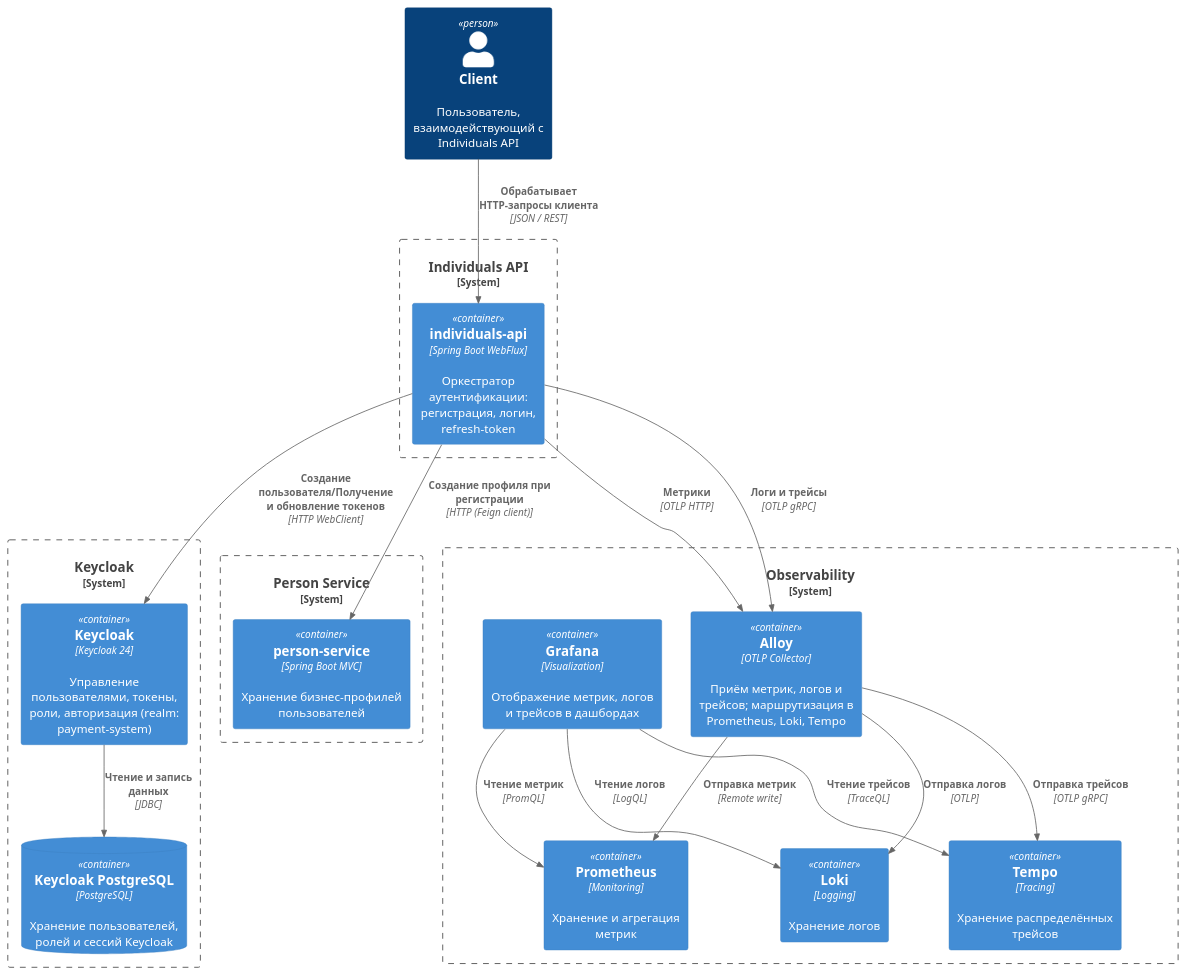
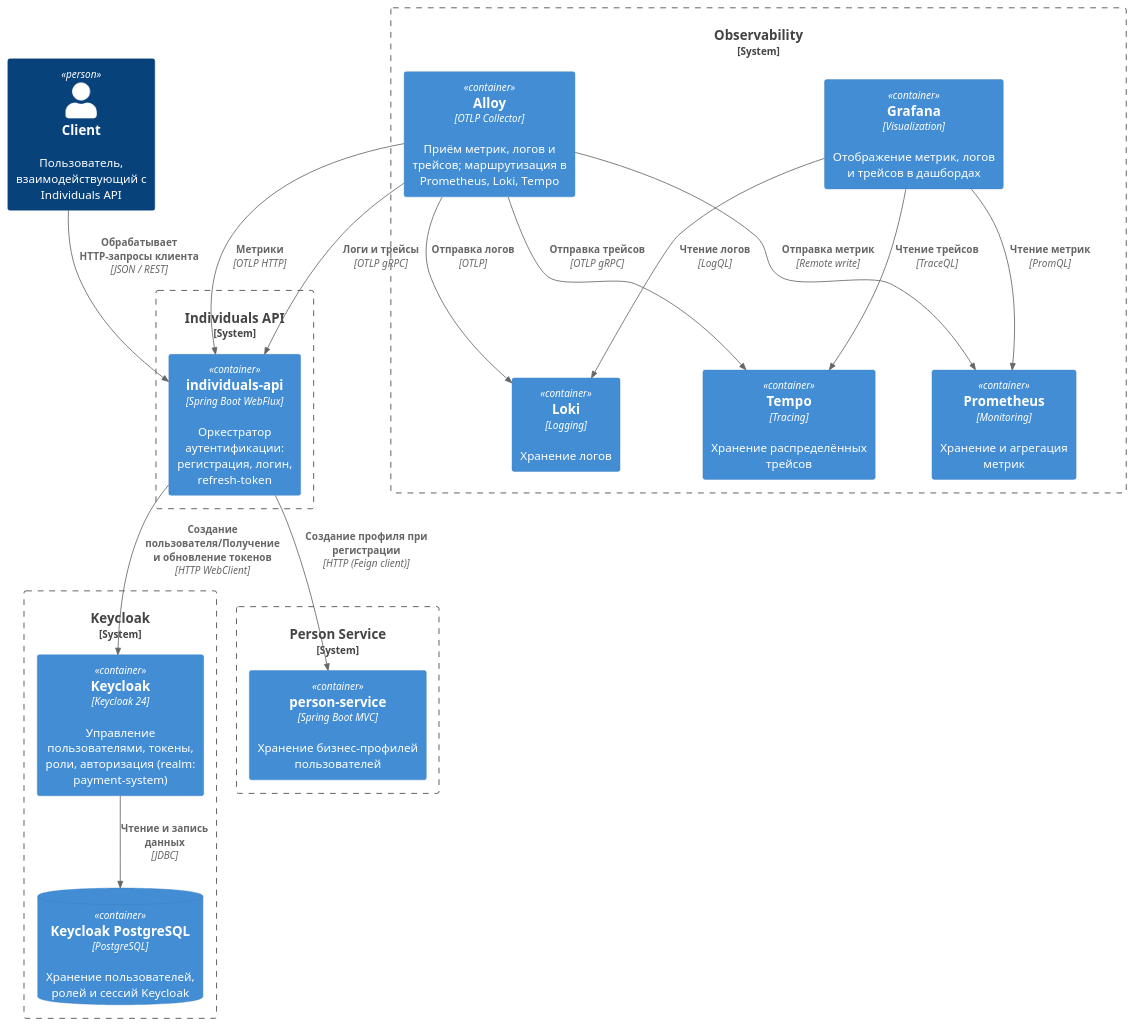
Before and after one commit to tmqone/proselyte_study: the diagram in individuals-api/architecture/individuals-api.puml, drawn with PlantUML. The commit also changed 28 other files, not shown here.

```diff
--- a/individuals-api/architecture/individuals-api.puml
+++ b/individuals-api/architecture/individuals-api.puml
@@ -1,45 +1,45 @@
 @startuml
 !includeurl https://raw.githubusercontent.com/plantuml-stdlib/C4-PlantUML/master/C4_Container.puml
 
 Person(client, "Client", "Пользователь, взаимодействующий с Individuals API")
 
 System_Boundary(appBoundary, "Individuals API") {
     Container(indApi, "individuals-api", "Spring Boot WebFlux", "Оркестратор аутентификации: регистрация, логин, refresh-token")
 }
 
 System_Boundary(keycloakBoundary, "Keycloak") {
     Container(keycloak, "Keycloak", "Keycloak 24", "Управление пользователями, токены, роли, авторизация (realm: payment-system)")
     ContainerDb(keycloakDb, "Keycloak PostgreSQL", "PostgreSQL", "Хранение пользователей, ролей и сессий Keycloak")
 }
 
 System_Boundary(personBoundary, "Person Service") {
     Container(personService, "person-service", "Spring Boot MVC", "Хранение бизнес-профилей пользователей")
 }
 
 System_Boundary(obsBoundary, "Observability") {
     Container(alloy, "Alloy", "OTLP Collector", "Приём метрик, логов и трейсов; маршрутизация в Prometheus, Loki, Tempo")
     Container(prometheus, "Prometheus", "Monitoring", "Хранение и агрегация метрик")
     Container(loki, "Loki", "Logging", "Хранение логов")
     Container(tempo, "Tempo", "Tracing", "Хранение распределённых трейсов")
     Container(grafana, "Grafana", "Visualization", "Отображение метрик, логов и трейсов в дашбордах")
 }
 
 Rel(client, indApi, "Обрабатывает HTTP-запросы клиента", "JSON / REST")
 
 Rel(indApi, keycloak, "Создание пользователя/Получение и обновление токенов", "HTTP WebClient")
 Rel(keycloak, keycloakDb, "Чтение и запись данных", "JDBC")
 
 Rel(indApi, personService, "Создание профиля при регистрации", "HTTP (Feign сlient)")
 
-Rel(indApi, alloy, "Метрики", "OTLP HTTP")
-Rel(indApi, alloy, "Логи и трейсы", "OTLP gRPC")
+Rel(alloy, indApi, "Метрики", "OTLP HTTP")
+Rel(alloy, indApi, "Логи и трейсы", "OTLP gRPC")
 
 Rel(alloy, prometheus, "Отправка метрик", "Remote write")
 Rel(alloy, loki, "Отправка логов", "OTLP")
 Rel(alloy, tempo, "Отправка трейсов", "OTLP gRPC")
 
 Rel(grafana, prometheus, "Чтение метрик", "PromQL")
 Rel(grafana, loki, "Чтение логов", "LogQL")
 Rel(grafana, tempo, "Чтение трейсов", "TraceQL")
 
 @enduml
```
